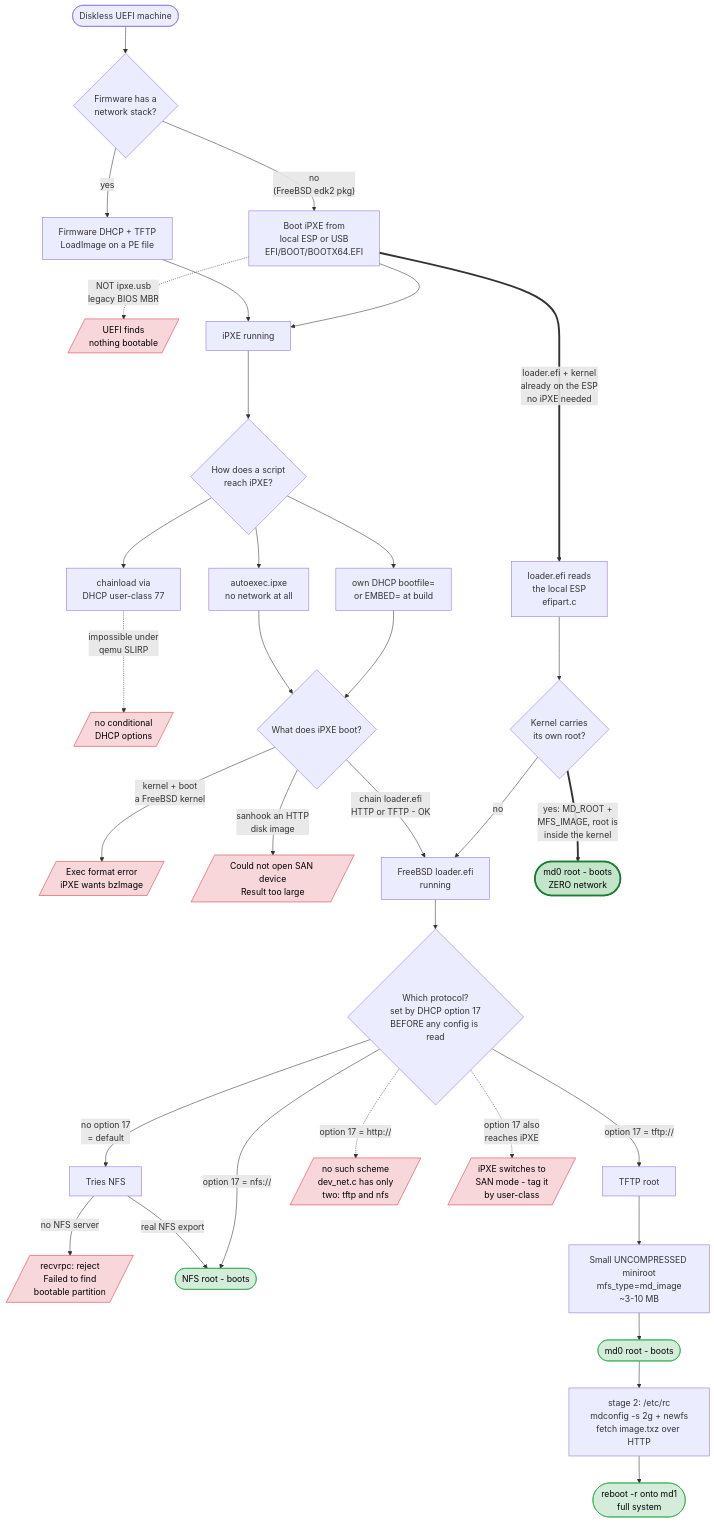
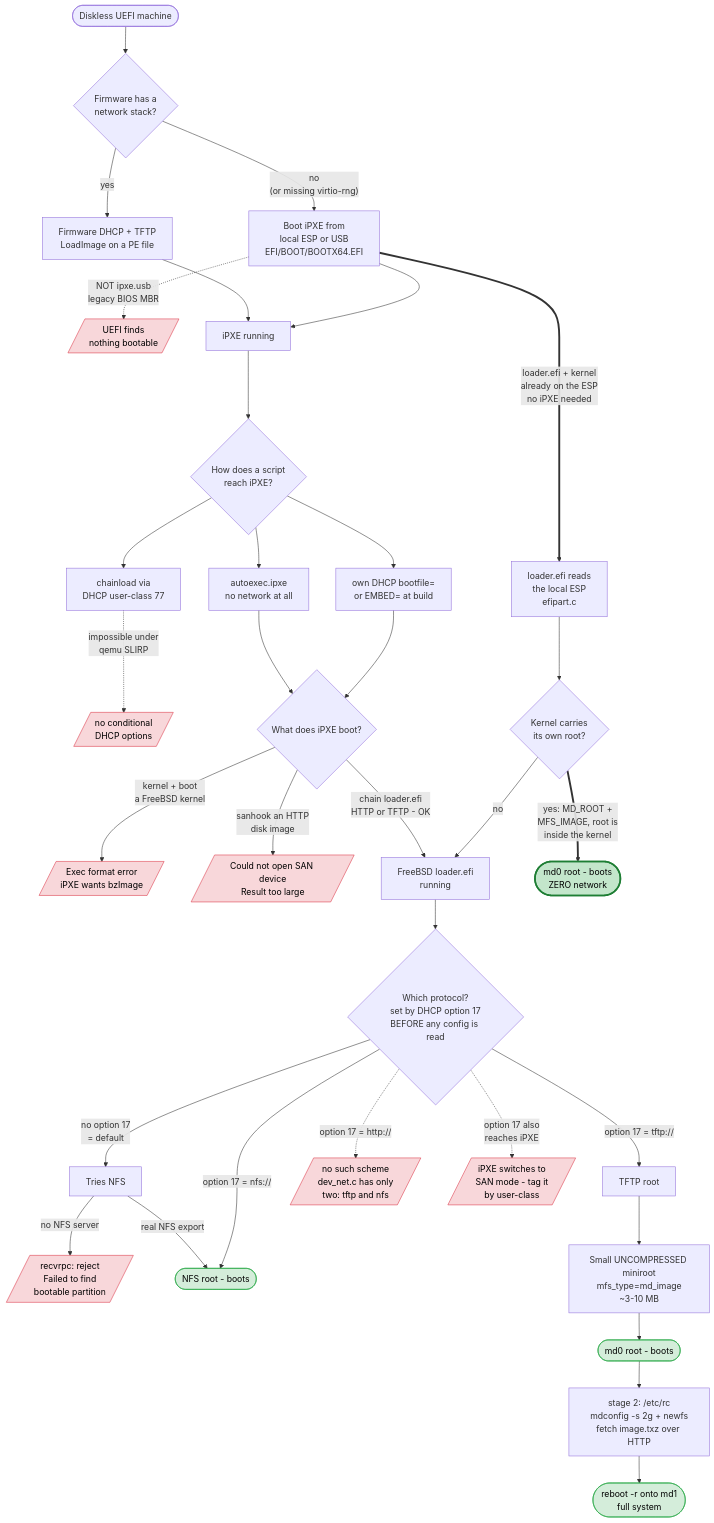
The fourth of 4 diagrams in iPXE.md (ocochard/myscripts), drawn with Mermaid before and after one commit. The commit also changed other lines of this file and 3 other files, not shown here.

Commit message:
FreeBSD UEFI boot tests

````diff
--- a/iPXE.md
+++ b/iPXE.md
@@ -1425,58 +1831,58 @@
 ```mermaid
 flowchart TD
     START([Diskless UEFI machine]) --> Q1{Firmware has a<br/>network stack?}
 
-    Q1 -- "no<br/>(FreeBSD edk2 pkg)" --> ESP[Boot iPXE from<br/>local ESP or USB<br/>EFI/BOOT/BOOTX64.EFI]
+    Q1 -- "no<br/>(or missing virtio-rng)" --> ESP[Boot iPXE from<br/>local ESP or USB<br/>EFI/BOOT/BOOTX64.EFI]
     Q1 -- yes --> FWNET[Firmware DHCP + TFTP<br/>LoadImage on a PE file]
 
     ESP -.->|"NOT ipxe.usb<br/>legacy BIOS MBR"| X0[/UEFI finds<br/>nothing bootable/]
     FWNET --> IPXE
     ESP --> IPXE[iPXE running]
 
     IPXE --> SCRIPT{How does a script<br/>reach iPXE?}
     SCRIPT --> S1["autoexec.ipxe<br/>no network at all"]
     SCRIPT --> S2["own DHCP bootfile=<br/>or EMBED= at build"]
     SCRIPT --> S3["chainload via<br/>DHCP user-class 77"]
     S3 -.->|"impossible under<br/>qemu SLIRP"| X1[/no conditional<br/>DHCP options/]
 
     S1 --> PAY{What does iPXE boot?}
     S2 --> PAY
 
     PAY -->|"kernel + boot<br/>a FreeBSD kernel"| X2[/Exec format error<br/>iPXE wants bzImage/]
     PAY -->|"sanhook an HTTP<br/>disk image"| X3[/Could not open SAN device<br/>Result too large/]
     PAY -->|"chain loader.efi<br/>HTTP or TFTP - OK"| LOADER[FreeBSD loader.efi<br/>running]
 
     ESP ==>|"loader.efi + kernel<br/>already on the ESP<br/>no iPXE needed"| LOCAL[loader.efi reads<br/>the local ESP<br/>efipart.c]
     LOCAL --> Q3{Kernel carries<br/>its own root?}
     Q3 -->|"no"| LOADER
     Q3 ==>|"yes: MD_ROOT +<br/>MFS_IMAGE, root is<br/>inside the kernel"| OK4([md0 root - boots<br/>ZERO network])
 
     LOADER --> Q2{"Which protocol?<br/>set by DHCP option 17<br/>BEFORE any config is read"}
 
     Q2 -->|"no option 17<br/>= default"| NFSDEF[Tries NFS]
     NFSDEF -->|"no NFS server"| X4[/recvrpc: reject<br/>Failed to find<br/>bootable partition/]
     NFSDEF -->|"real NFS export"| OK1([NFS root - boots])
 
     Q2 -->|"option 17 = nfs://"| OK1
     Q2 -->|"option 17 = tftp://"| TFTPR[TFTP root]
     Q2 -.->|"option 17 = http://"| X5[/no such scheme<br/>dev_net.c has only<br/>two: tftp and nfs/]
 
     TFTPR --> MINI["Small UNCOMPRESSED miniroot<br/>mfs_type=md_image<br/>~3-10 MB"]
     MINI --> OK2([md0 root - boots])
     OK2 --> STAGE2["stage 2: /etc/rc<br/>mdconfig -s 2g + newfs<br/>fetch image.txz over HTTP"]
     STAGE2 --> OK3([reboot -r onto md1<br/>full system])
 
     Q2 -.->|"option 17 also<br/>reaches iPXE"| X6[/iPXE switches to<br/>SAN mode - tag it<br/>by user-class/]
 
     style OK1 fill:#d4edda,stroke:#28a745,color:#000
     style OK2 fill:#d4edda,stroke:#28a745,color:#000
     style OK3 fill:#d4edda,stroke:#28a745,color:#000
     style OK4 fill:#c3e6cb,stroke:#1e7e34,stroke-width:3px,color:#000
     style X0 fill:#f8d7da,stroke:#dc3545,color:#000
     style X1 fill:#f8d7da,stroke:#dc3545,color:#000
     style X2 fill:#f8d7da,stroke:#dc3545,color:#000
     style X3 fill:#f8d7da,stroke:#dc3545,color:#000
     style X4 fill:#f8d7da,stroke:#dc3545,color:#000
     style X5 fill:#f8d7da,stroke:#dc3545,color:#000
     style X6 fill:#f8d7da,stroke:#dc3545,color:#000
 ```
````
